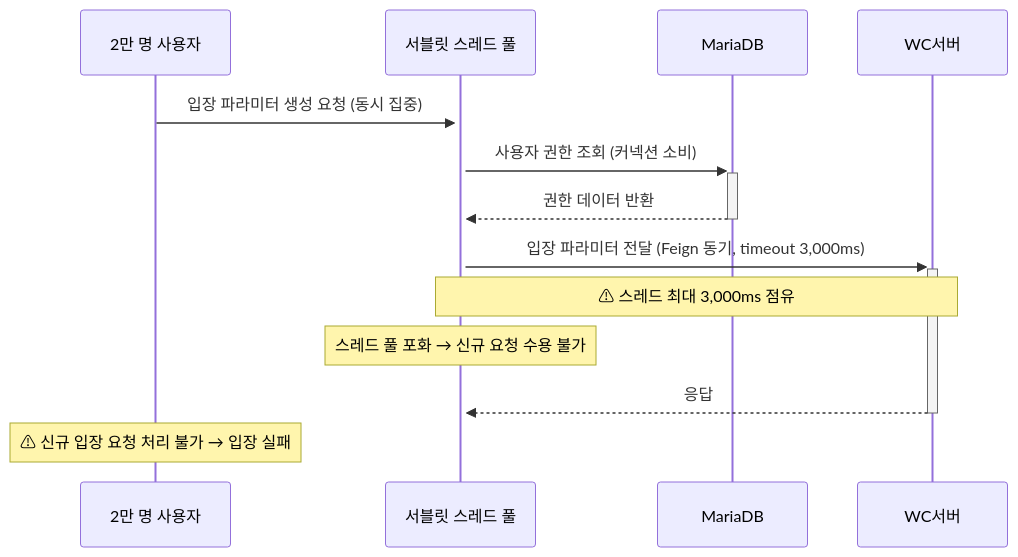
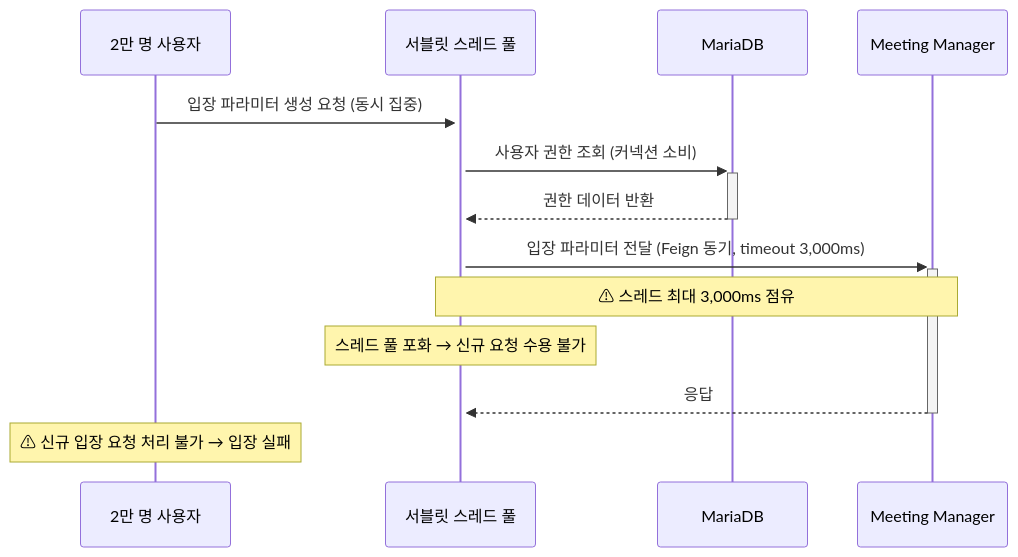
The diagram in docs/02-system-overview/1.2-issues/ISSUE-01-동시입장시스레드커넥션풀고갈.md (sujinnkim/A_Personal), drawn with Mermaid before and after one commit. The commit also changed other lines of this file and 28 other files, not shown here.

First line of the commit message:
docs: 입장(UC-04) 문맥 WC서버 → Meeting Manager 전반 수정

````diff
--- a/docs/02-system-overview/1.2-issues/ISSUE-01-동시입장시스레드커넥션풀고갈.md
+++ b/docs/02-system-overview/1.2-issues/ISSUE-01-동시입장시스레드커넥션풀고갈.md
@@ -17,16 +17,16 @@
 ```mermaid
 sequenceDiagram
     participant U as 2만 명 사용자
     participant TP as 서블릿 스레드 풀
     participant DB as MariaDB
-    participant WC as WC서버
+    participant MM as Meeting Manager
 
     U->>+TP: 입장 파라미터 생성 요청 (동시 집중)
     TP->>+DB: 사용자 권한 조회 (커넥션 소비)
     DB-->>-TP: 권한 데이터 반환
-    TP->>+WC: 입장 파라미터 전달 (Feign 동기, timeout 3,000ms)
-    Note over TP,WC: ⚠ 스레드 최대 3,000ms 점유
+    TP->>+MM: 입장 파라미터 전달 (Feign 동기, timeout 3,000ms)
+    Note over TP,MM: ⚠ 스레드 최대 3,000ms 점유
     Note over TP: 스레드 풀 포화 → 신규 요청 수용 불가
-    WC-->>-TP: 응답
+    MM-->>-TP: 응답
     Note over U: ⚠ 신규 입장 요청 처리 불가 → 입장 실패
 ```
````
